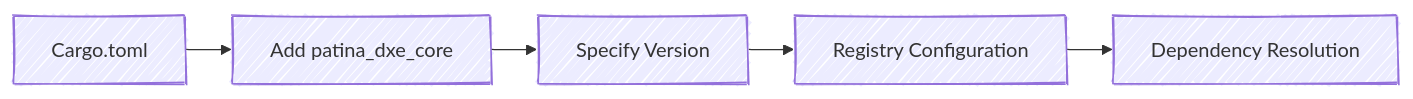
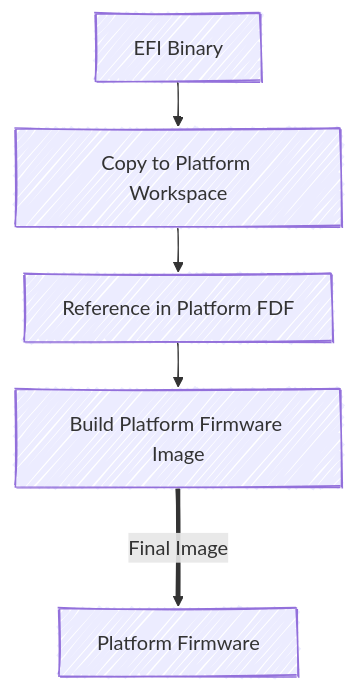
The diagram in docs/src/integrate/dxe_core.md (vineelko/patina), drawn with Mermaid before and after one commit. The commit also changed other lines of this file and 5 other files, not shown here.

````diff
--- a/docs/src/integrate/dxe_core.md
+++ b/docs/src/integrate/dxe_core.md
@@ -28,13 +539,13 @@
 ```mermaid
 ---
 config:
   layout: elk
   look: handDrawn
 displayMode: compact
 ---
-graph LR
-    A[Cargo.toml] --> B[Add patina_dxe_core]
-    B --> C[Specify Version]
-    C --> D[Registry Configuration]
-    D --> E[Dependency Resolution]
+graph TD
+    A[EFI Binary] --> B[Copy to Platform Workspace]
+    B --> C[Reference in Platform FDF]
+    C --> D[Build Platform Firmware Image]
+    D == Final Image ==> E[Platform Firmware]
 ```
````
